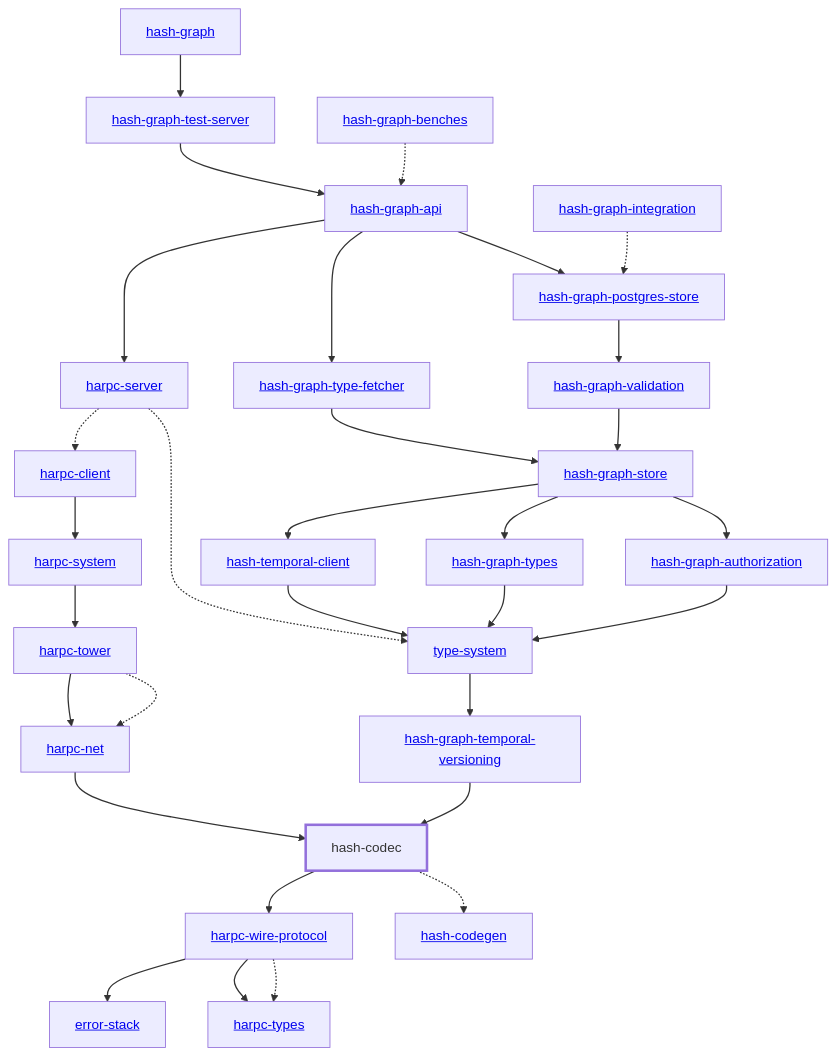
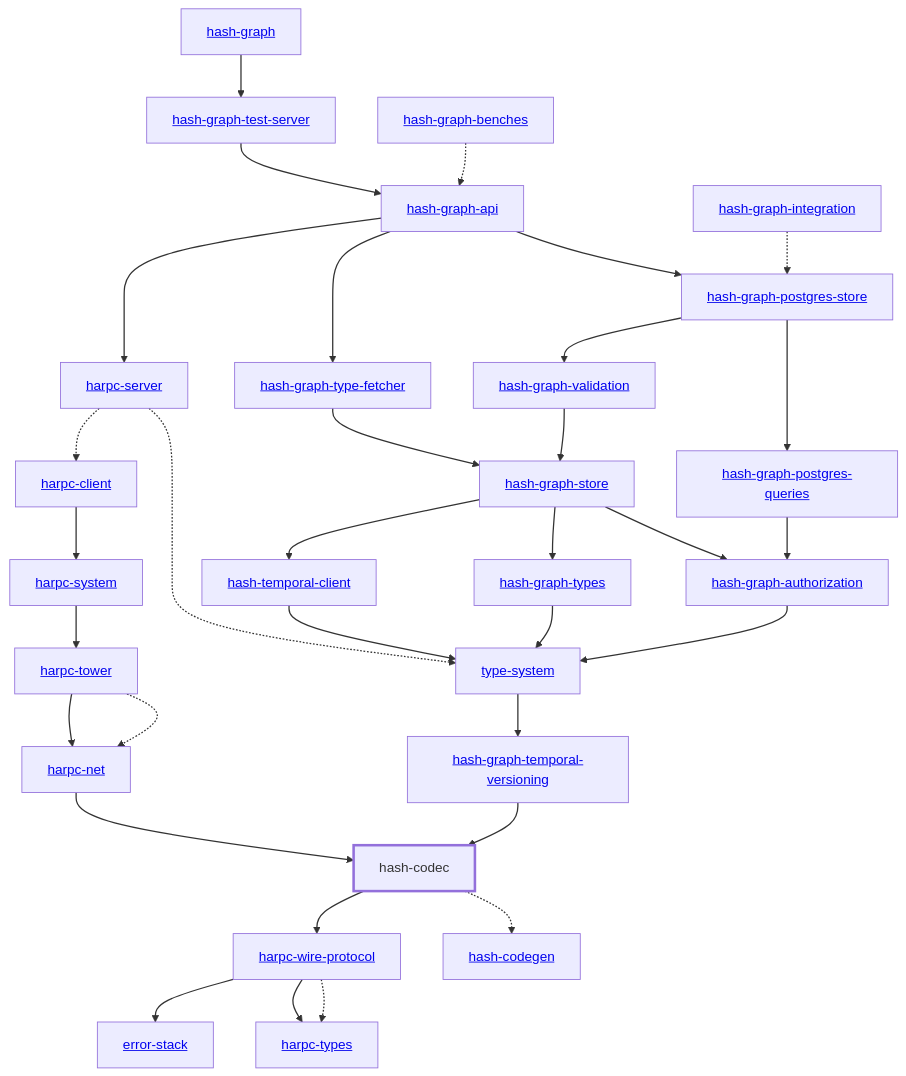
The diagram in libs/@local/codec/docs/dependency-diagram.mmd (hashintel/hash), drawn with Mermaid before and after one commit. The commit also changed 45 other files, not shown here.

```diff
--- a/libs/@local/codec/docs/dependency-diagram.mmd
+++ b/libs/@local/codec/docs/dependency-diagram.mmd
@@ -1,65 +1,68 @@
 graph TD
     linkStyle default stroke-width:1.5px
     classDef default stroke-width:1px
     classDef root stroke-width:3px
     classDef dev stroke-width:1px
     classDef build stroke-width:1px
     %% Legend
     %% --> : Normal dependency
     %% -.-> : Dev dependency
     %% ---> : Build dependency
     0[<a href="../hash_graph">hash-graph</a>]
     1[<a href="../type_system">type-system</a>]
     2[hash-codec]
     class 2 root
     3[<a href="../hash_codegen">hash-codegen</a>]
     4[<a href="../hash_graph_api">hash-graph-api</a>]
     5[<a href="../hash_graph_authorization">hash-graph-authorization</a>]
-    6[<a href="../hash_graph_postgres_store">hash-graph-postgres-store</a>]
-    7[<a href="../hash_graph_store">hash-graph-store</a>]
-    8[<a href="../hash_graph_temporal_versioning">hash-graph-temporal-versioning</a>]
-    9[<a href="../hash_graph_test_server">hash-graph-test-server</a>]
-    10[<a href="../hash_graph_type_fetcher">hash-graph-type-fetcher</a>]
-    11[<a href="../hash_graph_types">hash-graph-types</a>]
-    12[<a href="../hash_graph_validation">hash-graph-validation</a>]
-    13[<a href="../harpc_client">harpc-client</a>]
-    14[<a href="../harpc_net">harpc-net</a>]
-    15[<a href="../harpc_server">harpc-server</a>]
-    16[<a href="../harpc_system">harpc-system</a>]
-    17[<a href="../harpc_tower">harpc-tower</a>]
-    18[<a href="../harpc_types">harpc-types</a>]
-    19[<a href="../harpc_wire_protocol">harpc-wire-protocol</a>]
-    20[<a href="../hash_temporal_client">hash-temporal-client</a>]
-    21[<a href="../error_stack">error-stack</a>]
-    22[<a href="../hash_graph_benches">hash-graph-benches</a>]
-    23[<a href="../hash_graph_integration">hash-graph-integration</a>]
-    0 --> 9
-    1 --> 8
+    6[<a href="../hash_graph_postgres_queries">hash-graph-postgres-queries</a>]
+    7[<a href="../hash_graph_postgres_store">hash-graph-postgres-store</a>]
+    8[<a href="../hash_graph_store">hash-graph-store</a>]
+    9[<a href="../hash_graph_temporal_versioning">hash-graph-temporal-versioning</a>]
+    10[<a href="../hash_graph_test_server">hash-graph-test-server</a>]
+    11[<a href="../hash_graph_type_fetcher">hash-graph-type-fetcher</a>]
+    12[<a href="../hash_graph_types">hash-graph-types</a>]
+    13[<a href="../hash_graph_validation">hash-graph-validation</a>]
+    14[<a href="../harpc_client">harpc-client</a>]
+    15[<a href="../harpc_net">harpc-net</a>]
+    16[<a href="../harpc_server">harpc-server</a>]
+    17[<a href="../harpc_system">harpc-system</a>]
+    18[<a href="../harpc_tower">harpc-tower</a>]
+    19[<a href="../harpc_types">harpc-types</a>]
+    20[<a href="../harpc_wire_protocol">harpc-wire-protocol</a>]
+    21[<a href="../hash_temporal_client">hash-temporal-client</a>]
+    22[<a href="../error_stack">error-stack</a>]
+    23[<a href="../hash_graph_benches">hash-graph-benches</a>]
+    24[<a href="../hash_graph_integration">hash-graph-integration</a>]
+    0 --> 10
+    1 --> 9
     2 -.-> 3
-    2 --> 19
-    4 --> 6
-    4 --> 10
-    4 --> 15
+    2 --> 20
+    4 --> 7
+    4 --> 11
+    4 --> 16
     5 --> 1
-    6 --> 12
-    7 --> 5
-    7 --> 11
-    7 --> 20
-    8 --> 2
-    9 --> 4
-    10 --> 7
-    11 --> 1
-    12 --> 7
-    13 --> 16
-    14 --> 2
-    15 -.-> 1
-    15 -.-> 13
-    16 --> 17
-    17 -.-> 14
-    17 --> 14
-    19 -.-> 18
-    19 --> 18
-    19 --> 21
-    20 --> 1
-    22 -.-> 4
-    23 -.-> 6
+    6 --> 5
+    7 --> 6
+    7 --> 13
+    8 --> 5
+    8 --> 12
+    8 --> 21
+    9 --> 2
+    10 --> 4
+    11 --> 8
+    12 --> 1
+    13 --> 8
+    14 --> 17
+    15 --> 2
+    16 -.-> 1
+    16 -.-> 14
+    17 --> 18
+    18 -.-> 15
+    18 --> 15
+    20 -.-> 19
+    20 --> 19
+    20 --> 22
+    21 --> 1
+    23 -.-> 4
+    24 -.-> 7
```
